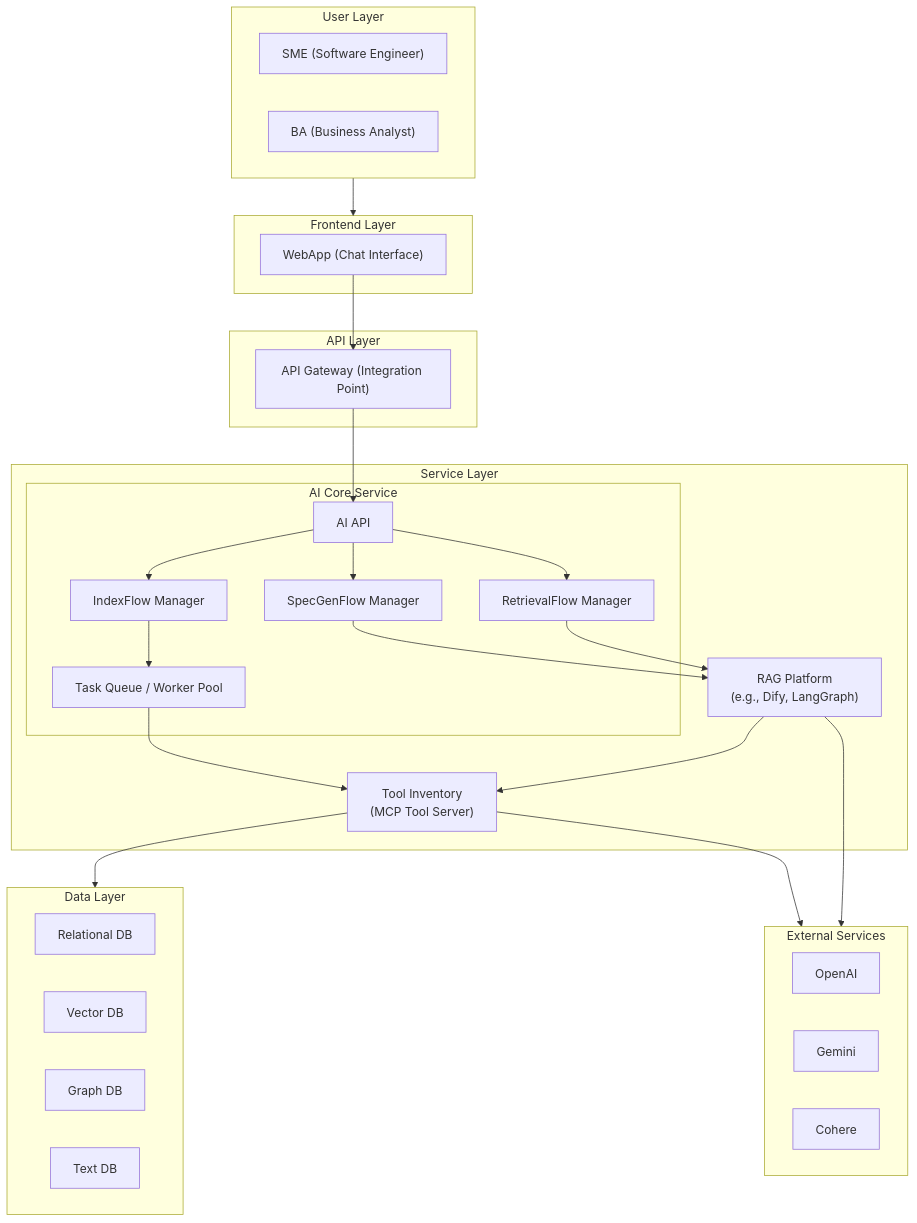
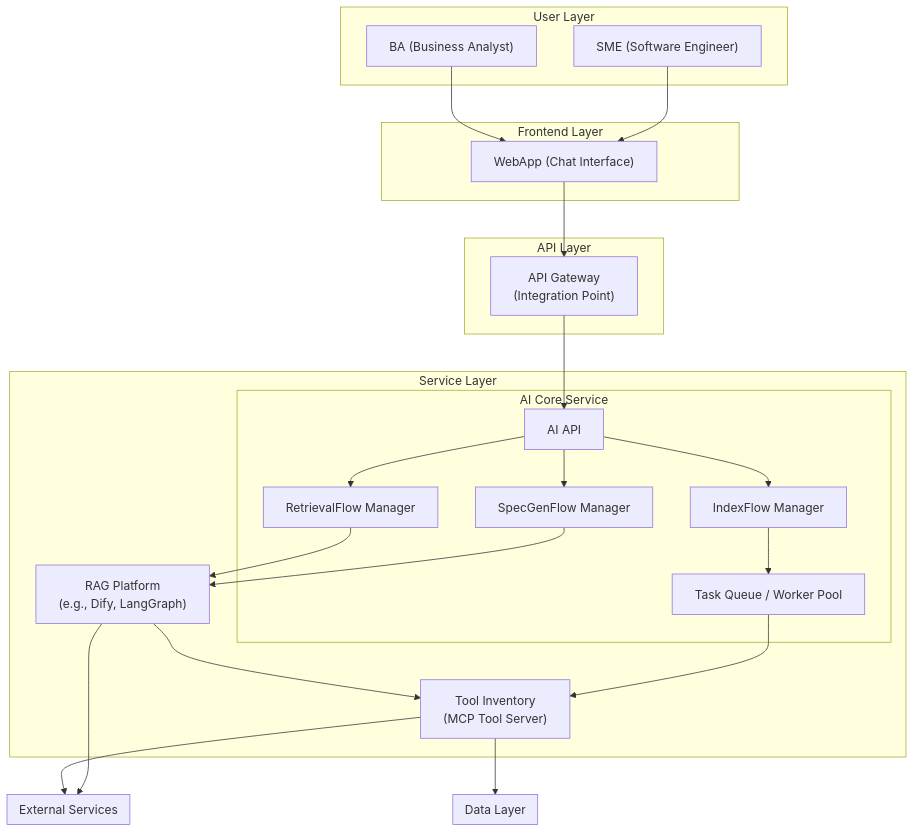
The third of 3 diagrams in Project Assistant/README.md (anhttmle/CAIO), drawn with Mermaid before and after one commit. The commit also changed other lines of this file, not shown here.

````diff
--- a/Project Assistant/README.md
+++ b/Project Assistant/README.md
@@ -83,20 +82,25 @@
 ```mermaid
 
 graph TB
+    %% User Layer
     subgraph LUser["User Layer"]
         SME["SME (Software Engineer)"]
         BA["BA (Business Analyst)"]
     end
 
+    %% Frontend Layer
     subgraph LFrontend["Frontend Layer"]
         WebApp["WebApp (Chat Interface)"]
     end
 
+    %% API Layer
     subgraph LAPI["API Layer"]
-        APIGateway["API Gateway (Integration Point)"]
+        APIGateway["API Gateway<br/>(Integration Point)"]
     end
 
+    %% Service Layer
     subgraph LService["Service Layer"]
+
         subgraph AICore["AI Core Service"]
             AI["AI API"]
             IndexFlow["IndexFlow Manager"]
@@ -105,42 +109,62 @@
             AIWorker["Task Queue / Worker Pool"]
         end
 
-        RAGPlatform["RAG Platform<br>(e.g., Dify, LangGraph)"]
-        ToolInventory["Tool Inventory<br>(MCP Tool Server)"]
+        RAGPlatform["RAG Platform<br/>(e.g., Dify, LangGraph)"]
+        ToolInventory["Tool Inventory<br/>(MCP Tool Server)"]
     end
 
+    %% Data Layer
     subgraph LData["Data Layer"]
-        RelDB["Relational DB"]
-        VecDB["Vector DB"]
-        GraphDB["Graph DB"]
-        TextDB["Text DB"]
+
+        %% RelDB["Relational DB<br/>(Project Metadata, User Spec, etc.)"]
+        %% VecDB["Vector DB<br/>(Code, Spec Embeddings)"]
+        %% GraphDB["Graph DB<br/>(Dependency Graphs, Relations)"]
+        %% TextDB["Text DB<br/>(Full Text Index - Elastic/Lucene)"]
+
     end
 
+    %% External Services
     subgraph LExternal["External Services"]
-        OpenAI["OpenAI"]
-        Gemini["Gemini"]
-        Cohere["Cohere"]
+        %% OpenAI["OpenAI"]
+        %% Gemini["Gemini"]
+        %% Cohere["Cohere"]
     end
 
-    LUser --> LFrontend
+    %% Flow Connections
+
+    %% User to WebApp
+    SME --> WebApp
+    BA --> WebApp
+
+    %% Frontend to API Gateway
     WebApp --> APIGateway
 
+    %% API Gateway to AI Core
     APIGateway --> AI
 
+    %% AI Core: dispatch flows
     AI --> IndexFlow
     AI --> SpecGenFlow
     AI --> RetrievalFlow
 
+    %% AI Core to Worker
     IndexFlow --> AIWorker
+
+    %% Worker interacts with ToolInventory
+    AIWorker --> ToolInventory
+
+    %% RAG Platform receives call from SpecGen/Retrieval
     SpecGenFlow --> RAGPlatform
     RetrievalFlow --> RAGPlatform
-    AIWorker --> ToolInventory
 
+    %% RAG Platform interacts with LLMs + ToolInventory
     RAGPlatform --> LExternal
+
     RAGPlatform --> ToolInventory
 
+    %% Tool Inventory interacts with data stores & external tools
+    ToolInventory --> LExternal
     ToolInventory --> LData
-    ToolInventory --> LExternal
 
 
 ```
````
